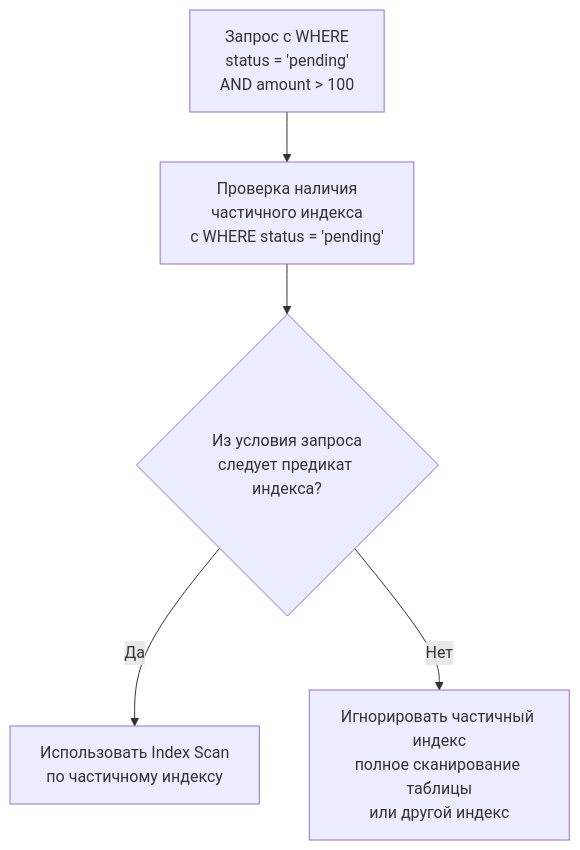
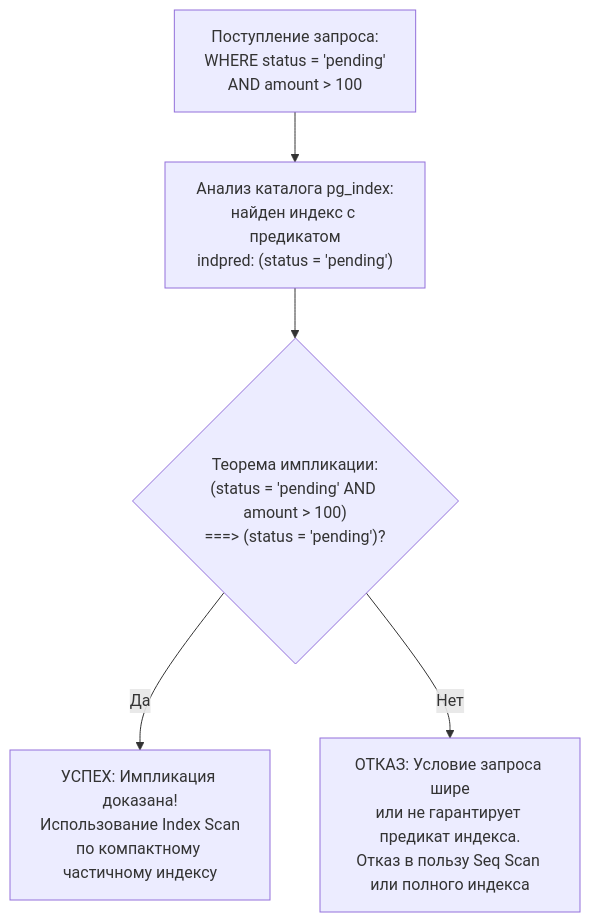
Before and after one commit to UnrealTemplier/go-textbook: the diagram in sources/12. Базы данных/04. Индексы и производительность/7. Partial индекс.md, drawn with Mermaid. The commit also changed other lines of this file, not shown here.

````diff
--- a/sources/12. Базы данных/04. Индексы и производительность/7. Partial индекс.md
+++ b/sources/12. Базы данных/04. Индексы и производительность/7. Partial индекс.md
@@ -93,13 +204,14 @@
 ```mermaid
 flowchart TD
-    Query["Запрос с WHERE<br>status = 'pending'<br>AND amount > 100"]
-    CheckIdx["Проверка наличия<br>частичного индекса<br>с WHERE status = 'pending'"]
-    Implication{"Из условия запроса<br>следует предикат индекса?"}
-    UseIdx["Использовать Index Scan<br>по частичному индексу"]
-    IgnoreIdx["Игнорировать частичный индекс<br>полное сканирование таблицы<br>или другой индекс"]
+    Query["Поступление запроса:<br>WHERE status = 'pending'<br>AND amount > 100"]
+    CheckCatalog["Анализ каталога pg_index:<br>найден индекс с предикатом<br>indpred: (status = 'pending')"]
+    Implication{"Теорема импликации:<br>(status = 'pending' AND amount > 100)<br>===> (status = 'pending')?"}
+    
+    UseIdx["УСПЕХ: Импликация доказана!<br>Использование Index Scan<br>по компактному частичному индексу"]
+    IgnoreIdx["ОТКАЗ: Условие запроса шире<br>или не гарантирует предикат индекса.<br>Отказ в пользу Seq Scan или полного индекса"]
 
-    Query --> CheckIdx
-    CheckIdx --> Implication
+    Query --> CheckCatalog
+    CheckCatalog --> Implication
     Implication -->|Да| UseIdx
     Implication -->|Нет| IgnoreIdx
 ```
````
